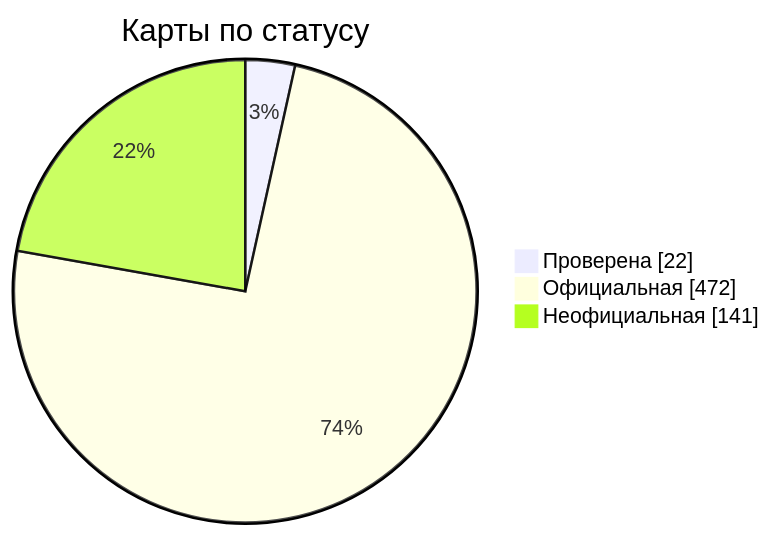
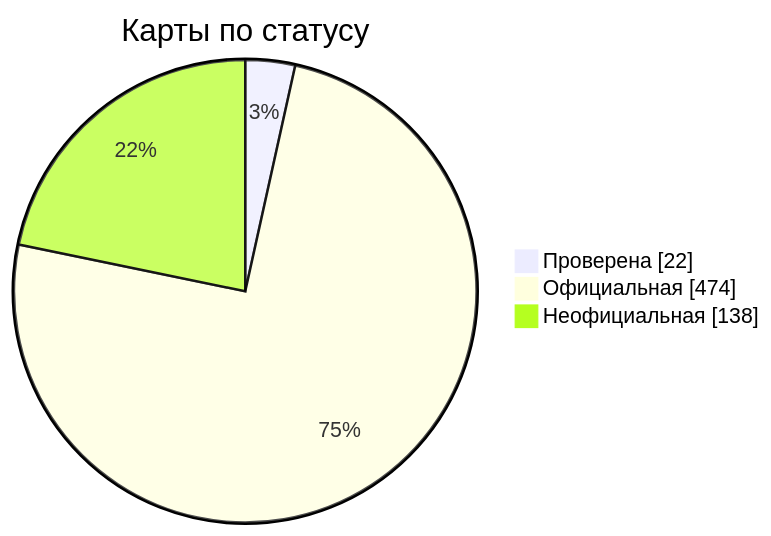
The diagram in docs/readme/README_RU.md (nobrega8/mbmap-library), drawn with Mermaid before and after one commit. The commit also changed 8 other files, not shown here.

````diff
--- a/docs/readme/README_RU.md
+++ b/docs/readme/README_RU.md
@@ -54,7 +54,7 @@
 ```mermaid
 pie showData
     title Карты по статусу
     "Проверена" : 22
-    "Официальная" : 472
-    "Неофициальная" : 141
+    "Официальная" : 474
+    "Неофициальная" : 138
 ```
````
